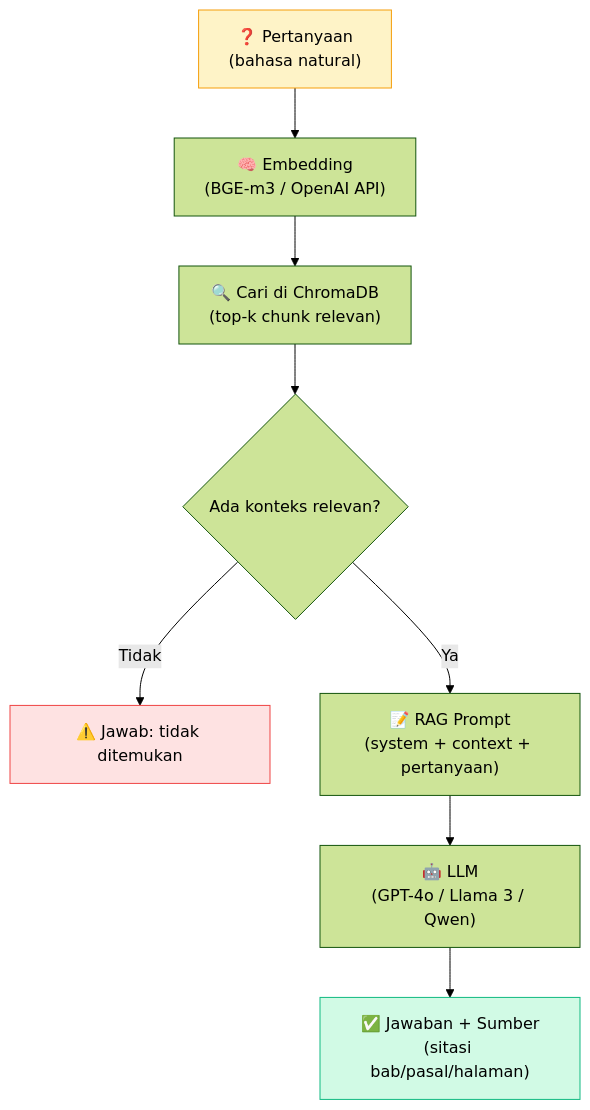
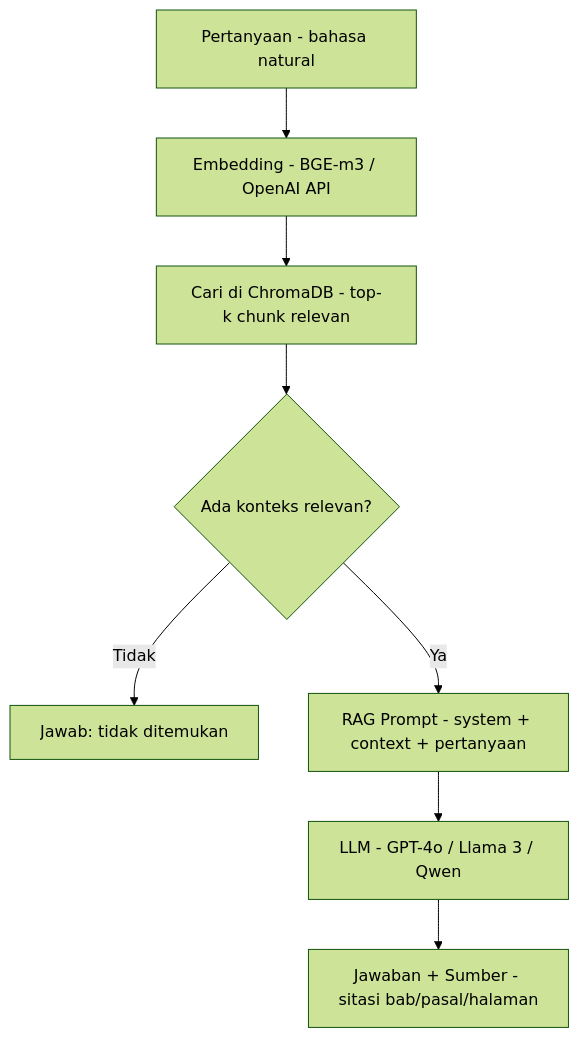
The second of 3 diagrams in README.md (candrapwr/siberrag), drawn with Mermaid (forest theme) before and after one commit. The commit also changed other lines of this file, not shown here.

````diff
--- a/README.md
+++ b/README.md
@@ -135,14 +132,10 @@
 ```mermaid
 graph TD
-    A["❓ Pertanyaan<br/>(bahasa natural)"] --> B["🧠 Embedding<br/>(BGE-m3 / OpenAI API)"]
-    B --> C["🔍 Cari di ChromaDB<br/>(top-k chunk relevan)"]
+    A["Pertanyaan - bahasa natural"] --> B["Embedding - BGE-m3 / OpenAI API"]
+    B --> C["Cari di ChromaDB - top-k chunk relevan"]
     C --> D{Ada konteks relevan?}
-    D -- Tidak --> E["⚠️ Jawab: tidak ditemukan"]
-    D -- Ya --> F["📝 RAG Prompt<br/>(system + context + pertanyaan)"]
-    F --> G["🤖 LLM<br/>(GPT-4o / Llama 3 / Qwen)"]
-    G --> H["✅ Jawaban + Sumber<br/>(sitasi bab/pasal/halaman)"]
-
-    style A fill:#fef3c7,stroke:#f59e0b
-    style H fill:#d1fae5,stroke:#10b981
-    style E fill:#fee2e2,stroke:#ef4444
+    D -- Tidak --> E["Jawab: tidak ditemukan"]
+    D -- Ya --> F["RAG Prompt - system + context + pertanyaan"]
+    F --> G["LLM - GPT-4o / Llama 3 / Qwen"]
+    G --> H["Jawaban + Sumber - sitasi bab/pasal/halaman"]
 ```
````
